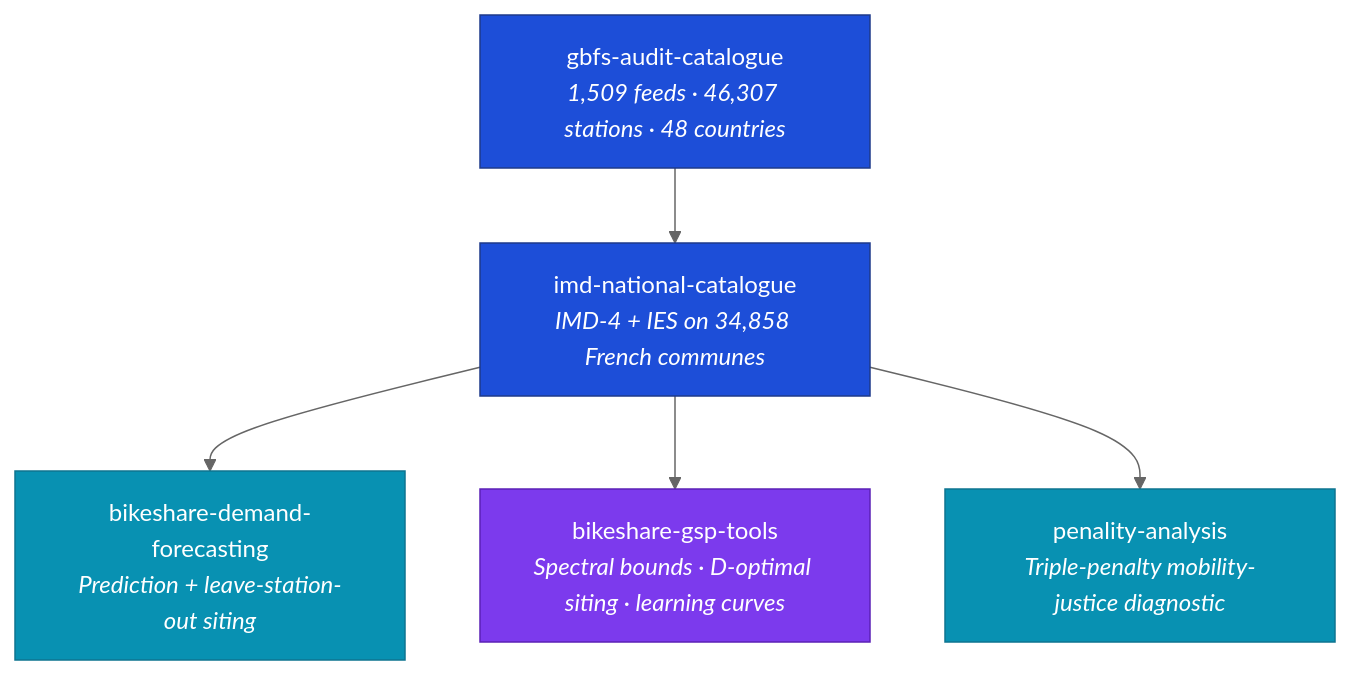
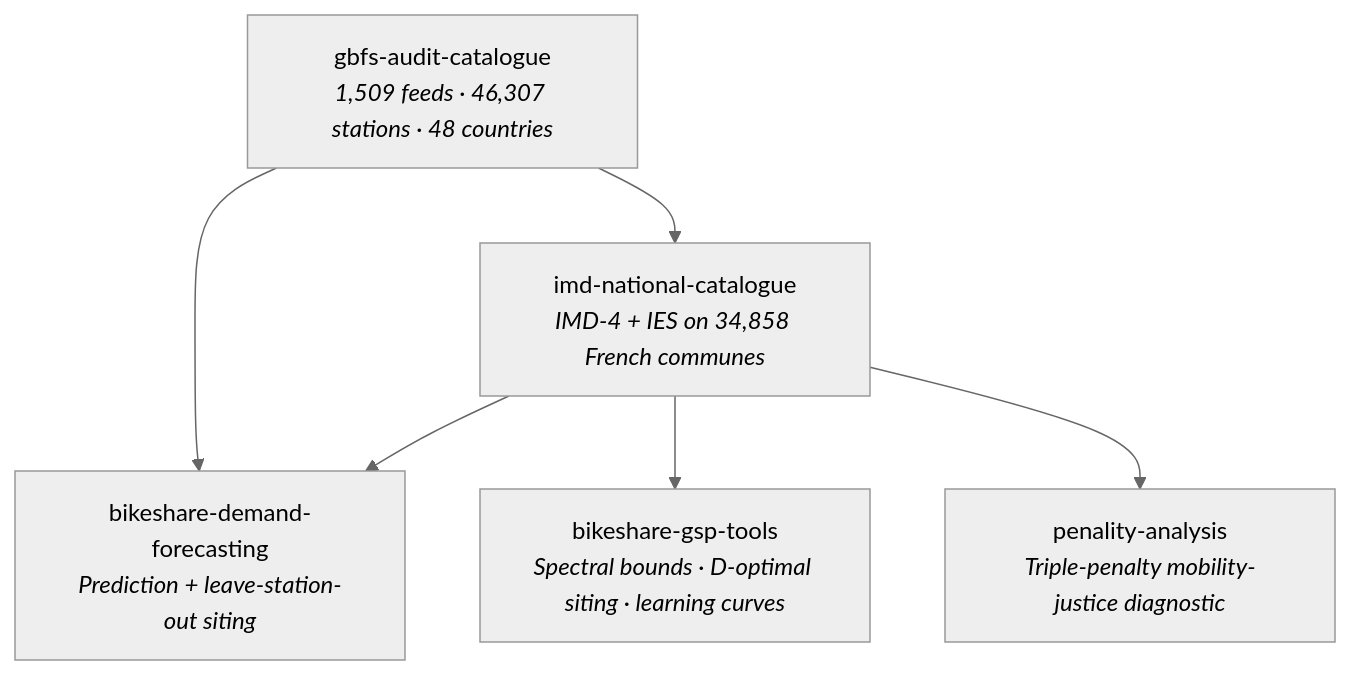
One commit to cycling-data-lab/.github changed the diagram in profile/README.md. Above: the diagram before and after it, drawn with Mermaid (neutral theme). The commit also changed other lines of this file, not shown here.

````diff
--- a/profile/README.md
+++ b/profile/README.md
@@ -29,20 +32,14 @@
 ```mermaid
 flowchart TD
     A[gbfs-audit-catalogue<br/><i>1,509 feeds · 46,307 stations · 48 countries</i>]
     B[imd-national-catalogue<br/><i>IMD-4 + IES on 34,858 French communes</i>]
     C[bikeshare-demand-forecasting<br/><i>Prediction + leave-station-out siting</i>]
     D[bikeshare-gsp-tools<br/><i>Spectral bounds · D-optimal siting · learning curves</i>]
     E[penality-analysis<br/><i>Triple-penalty mobility-justice diagnostic</i>]
 
     A --> B
+    A --> C
     B --> C
     B --> D
     B --> E
-
-    classDef stable fill:#1d4ed8,color:#fff,stroke:#1e3a8a,stroke-width:1px
-    classDef draft  fill:#0891b2,color:#fff,stroke:#0e7490,stroke-width:1px
-    classDef early  fill:#7c3aed,color:#fff,stroke:#5b21b6,stroke-width:1px
-    class A,B stable
-    class C,E draft
-    class D early
 ```
````
